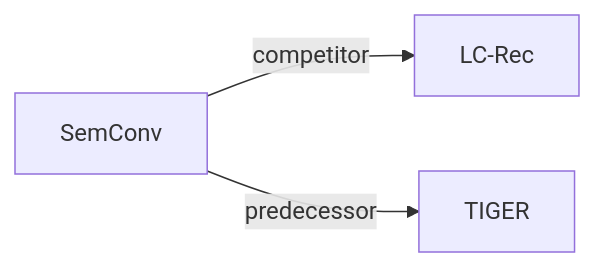
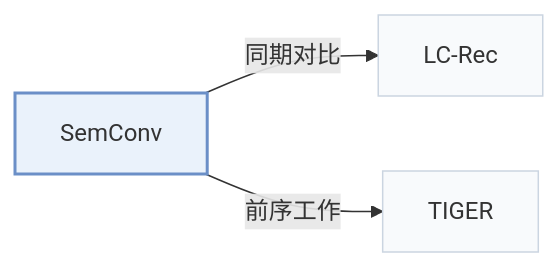
One commit to Galaxy-ghost/Awesome-SID-Generative-Rec changed the second of 2 diagrams in pages/zh/papers/semconv.md. Above: the diagram before and after it, drawn with Mermaid. The commit also changed other lines of this file and 649 other files, not shown here.

Commit message:
writer-05: also tags and modality index (schema, check, build, visuals); summary field removed; calibration data for 12 papers

````diff
--- a/pages/zh/papers/semconv.md
+++ b/pages/zh/papers/semconv.md
@@ -68,6 +74,10 @@
 ```mermaid
 flowchart LR
     P["SemConv"]
-    P -->|competitor| A["LC-Rec"]
-    P -->|predecessor| B["TIGER"]
+    P -->|"同期对比"| A["LC-Rec"]
+    P -->|"前序工作"| B["TIGER"]
+    classDef main fill:#eaf2fb,stroke:#6b8fc7,stroke-width:2px
+    classDef peer fill:#f8fafc,stroke:#cbd5e1
+    class P main
+    class A,B peer
 ```
````
